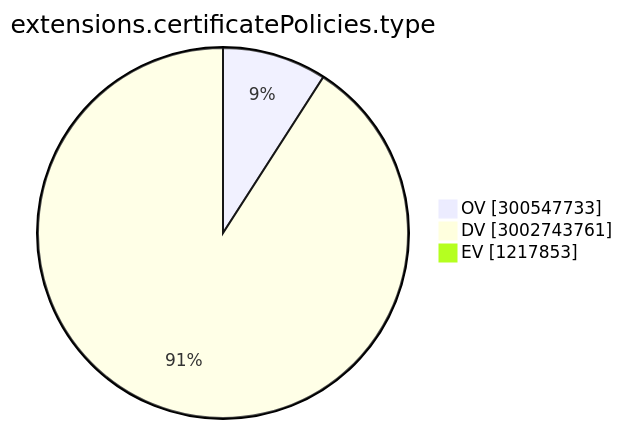
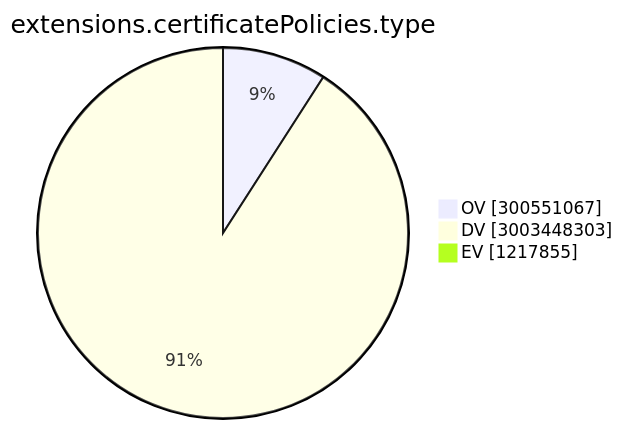
The ninth of 15 diagrams in TOTAL/README.md (christiankrug/ctmonitor_visualization), drawn with Mermaid before and after one commit. The commit also changed other lines of this file, not shown here.

````diff
--- a/TOTAL/README.md
+++ b/TOTAL/README.md
@@ -3102,7 +3102,7 @@
 ```mermaid
 pie showData
 title extensions.certificatePolicies.type
-"OV" :300547733
-"DV" :3002743761
-"EV" :1217853
+"OV" :300551067
+"DV" :3003448303
+"EV" :1217855
 ```
````
